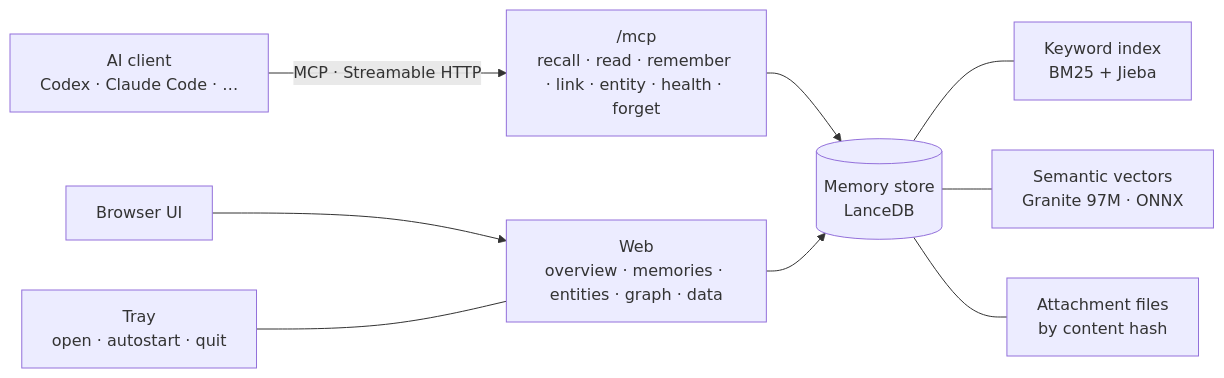
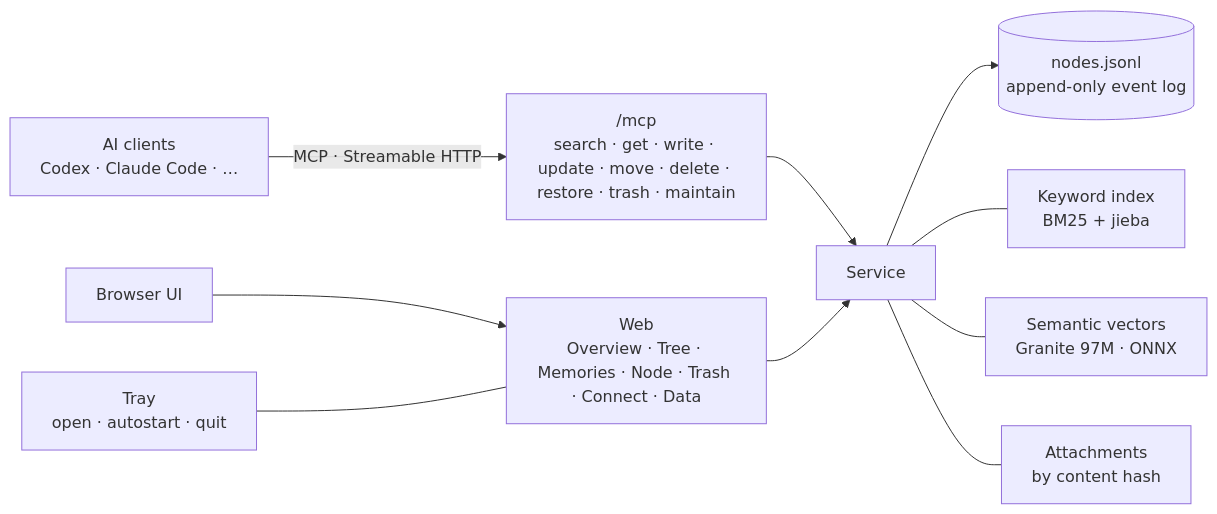
One commit to danchar12138/recallport changed the diagram in README.en.md. Above: the diagram before and after it, drawn with Mermaid. The commit also changed other lines of this file and 43 other files, not shown here.

Commit message:
docs: 1.0 的 README（中英）、新截图、第三方许可、CI 去掉 protoc

````diff
--- a/README.en.md
+++ b/README.en.md
@@ -177,11 +152,12 @@
 ```mermaid
 flowchart LR
-  C["AI client<br/>Codex · Claude Code · …"] -- "MCP · Streamable HTTP" --> M["/mcp<br/>recall · read · remember · link · entity · health · forget"]
-  B["Browser UI"] --> W["Web<br/>overview · memories · entities · graph · data"]
+  C["AI clients<br/>Codex · Claude Code · …"] -- "MCP · Streamable HTTP" --> M["/mcp<br/>search · get · write · update · move · delete · restore · trash · maintain"]
+  B["Browser UI"] --> W["Web<br/>Overview · Tree · Memories · Node · Trash · Connect · Data"]
   T["Tray<br/>open · autostart · quit"] --- W
-  M --> S[("Memory store<br/>LanceDB")]
+  M --> S["Service"]
   W --> S
-  S --- K["Keyword index<br/>BM25 + Jieba"]
+  S --> L[("nodes.jsonl<br/>append-only event log")]
+  S --- K["Keyword index<br/>BM25 + jieba"]
   S --- V["Semantic vectors<br/>Granite 97M · ONNX"]
-  S --- F["Attachment files<br/>by content hash"]
+  S --- F["Attachments<br/>by content hash"]
 ```
````
